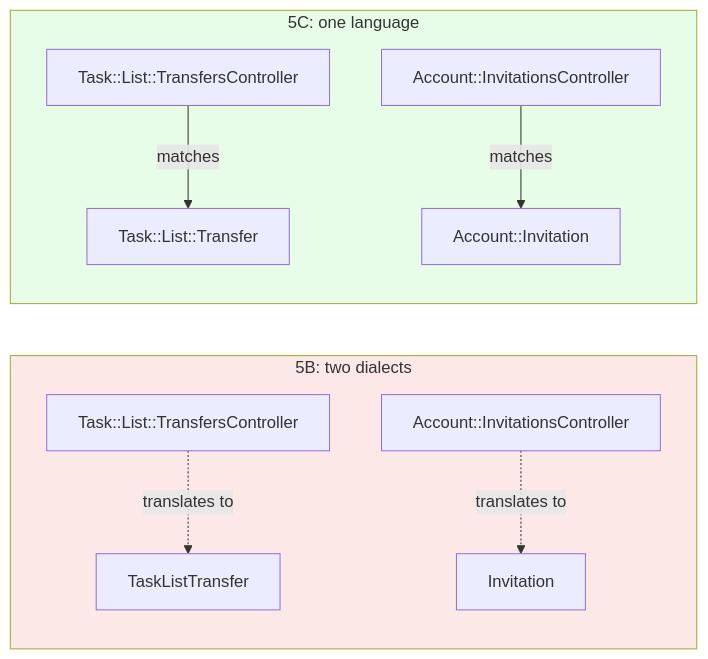
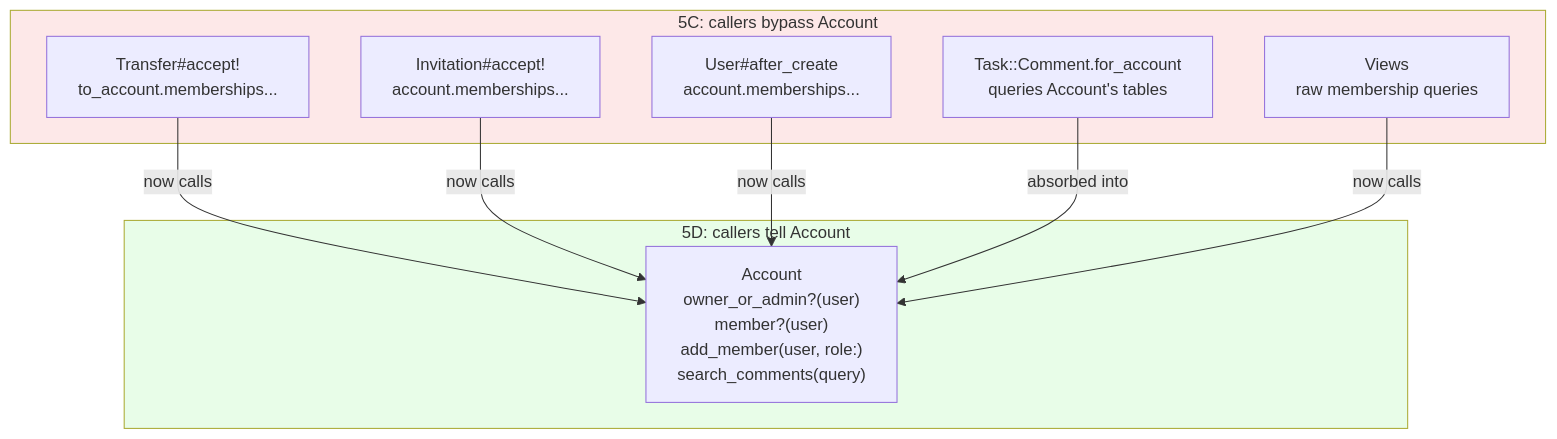
One commit to railswhey/app changed the second of 2 diagrams in README.md. Above: the diagram before and after it, drawn with Mermaid. The commit also changed other lines of this file and 10 other files, not shown here.

````diff
--- a/README.md
+++ b/README.md
@@ -128,24 +151,23 @@
 ```mermaid
-flowchart LR
-  subgraph Before["5B: two dialects"]
-    C1["Task::List::TransfersController"]
-    M1["TaskListTransfer"]
-    C2["Account::InvitationsController"]
-    M2["Invitation"]
+flowchart TD
+  subgraph Before["5C: callers bypass Account"]
+    T["Transfer#accept!<br/>to_account.memberships..."]
+    I["Invitation#accept!<br/>account.memberships..."]
+    U["User#after_create<br/>account.memberships..."]
+    TC["Task::Comment.for_account<br/>queries Account's tables"]
+    V["Views<br/>raw membership queries"]
   end
 
-  subgraph After["5C: one language"]
-    C3["Task::List::TransfersController"]
-    M3["Task::List::Transfer"]
-    C4["Account::InvitationsController"]
-    M4["Account::Invitation"]
+  subgraph After["5D: callers tell Account"]
+    A["Account<br/>owner_or_admin?(user)<br/>member?(user)<br/>add_member(user, role:)<br/>search_comments(query)"]
   end
 
-  C1 -.->|"translates to"| M1
-  C3 -->|"matches"| M3
-  C2 -.->|"translates to"| M2
-  C4 -->|"matches"| M4
+  T -->|"now calls"| A
+  I -->|"now calls"| A
+  U -->|"now calls"| A
+  TC -->|"absorbed into"| A
+  V -->|"now calls"| A
 
   style Before fill:#fde8e8
   style After fill:#e8fde8
 ```
````
